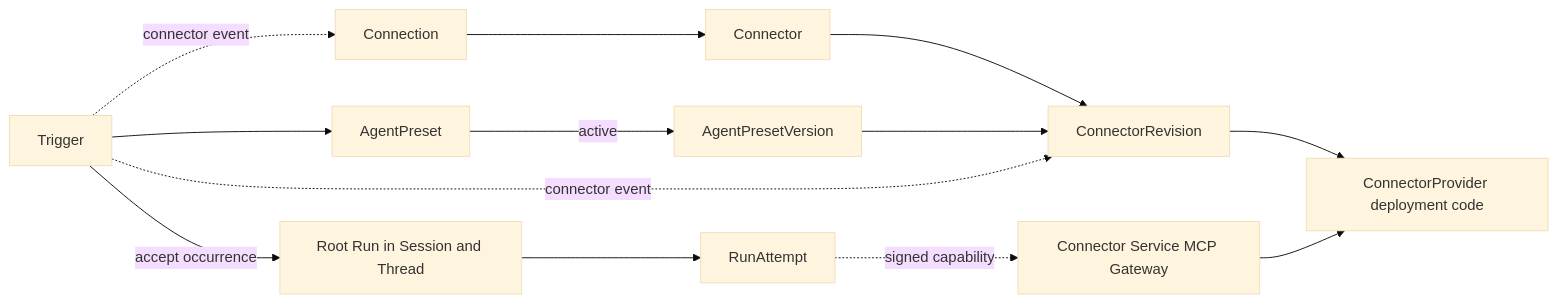
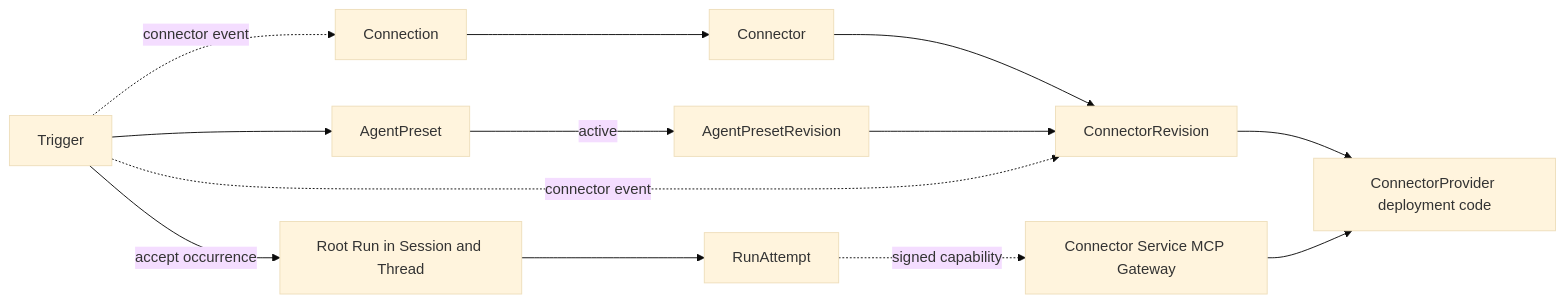
One commit to LTThreeComma/agent-foundation changed the first of 4 diagrams in spec/foundation-service/23-connectors-connections-and-triggers.md. Above: the diagram before and after it, drawn with Mermaid (base theme). The commit also changed other lines of this file and 30 other files, not shown here.

First line of the commit message:
docs(agent-management): define preset revisions and run overrides (#83)

````diff
--- a/spec/foundation-service/23-connectors-connections-and-triggers.md
+++ b/spec/foundation-service/23-connectors-connections-and-triggers.md
@@ -53,23 +53,23 @@
 ```mermaid
 flowchart LR
     Provider[ConnectorProvider deployment code]
     Connector[Connector]
     Revision[ConnectorRevision]
     Connection[Connection]
     AgentPreset[AgentPreset]
-    AgentPresetVersion[AgentPresetVersion]
+    AgentPresetRevision[AgentPresetRevision]
     Trigger[Trigger]
     Run[Root Run in Session and Thread]
     Attempt[RunAttempt]
     Service[Connector Service MCP Gateway]
 
     Connector --> Revision --> Provider
     Connection --> Connector
-    AgentPreset -->|active| AgentPresetVersion
-    AgentPresetVersion --> Revision
+    AgentPreset -->|active| AgentPresetRevision
+    AgentPresetRevision --> Revision
     Trigger --> AgentPreset
     Trigger -. connector event .-> Revision
     Trigger -. connector event .-> Connection
     Trigger -->|accept occurrence| Run --> Attempt
     Attempt -. signed capability .-> Service --> Provider
 ```
````
